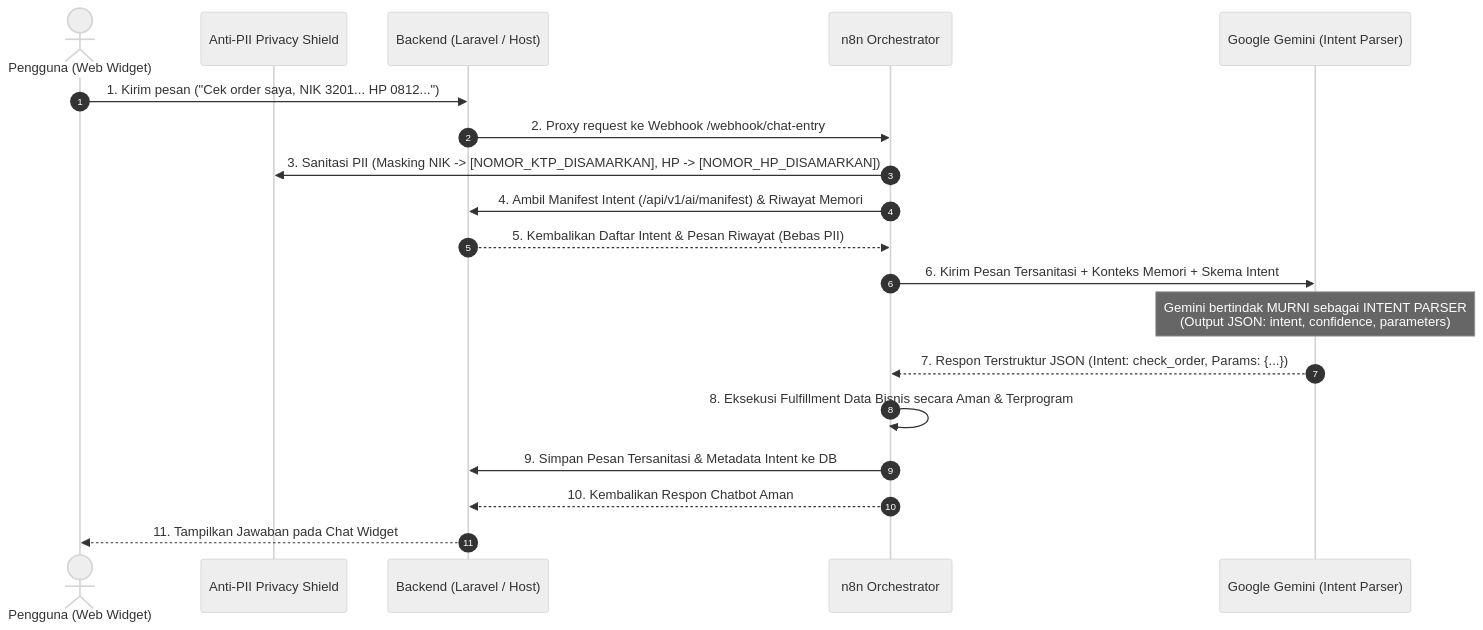
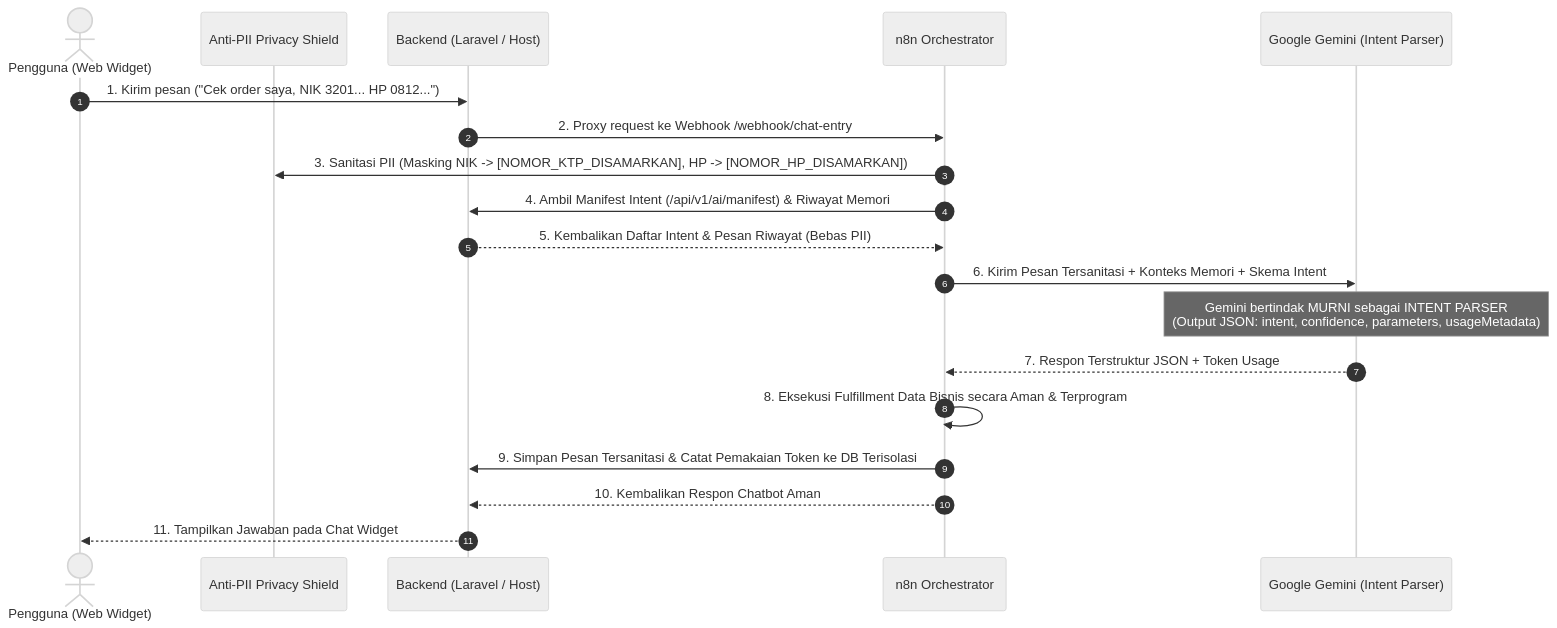
The diagram in MANUAL_INTEGRASI.md (soju-sec/webtestchatbot), drawn with Mermaid (neutral theme) before and after one commit. The commit also changed other lines of this file and 17 other files, not shown here.

Commit message:
feat: add comprehensive Gemini AI token usage tracking and monitoring features

````diff
--- a/MANUAL_INTEGRASI.md
+++ b/MANUAL_INTEGRASI.md
@@ -14,22 +14,22 @@
 ```mermaid
 sequenceDiagram
     autonumber
     actor User as Pengguna (Web Widget)
     participant Privacy as Anti-PII Privacy Shield
     participant Laravel as Backend (Laravel / Host)
     participant n8n as n8n Orchestrator
     participant Gemini as Google Gemini (Intent Parser)
     
     User->>Laravel: 1. Kirim pesan ("Cek order saya, NIK 3201... HP 0812...")
     Laravel->>n8n: 2. Proxy request ke Webhook /webhook/chat-entry
     n8n->>Privacy: 3. Sanitasi PII (Masking NIK -> [NOMOR_KTP_DISAMARKAN], HP -> [NOMOR_HP_DISAMARKAN])
     n8n->>Laravel: 4. Ambil Manifest Intent (/api/v1/ai/manifest) & Riwayat Memori
     Laravel-->>n8n: 5. Kembalikan Daftar Intent & Pesan Riwayat (Bebas PII)
     n8n->>Gemini: 6. Kirim Pesan Tersanitasi + Konteks Memori + Skema Intent
-    Note over Gemini: Gemini bertindak MURNI sebagai INTENT PARSER<br/>(Output JSON: intent, confidence, parameters)
-    Gemini-->>n8n: 7. Respon Terstruktur JSON (Intent: check_order, Params: {...})
+    Note over Gemini: Gemini bertindak MURNI sebagai INTENT PARSER<br/>(Output JSON: intent, confidence, parameters, usageMetadata)
+    Gemini-->>n8n: 7. Respon Terstruktur JSON + Token Usage
     n8n->>n8n: 8. Eksekusi Fulfillment Data Bisnis secara Aman & Terprogram
-    n8n->>Laravel: 9. Simpan Pesan Tersanitasi & Metadata Intent ke DB
+    n8n->>Laravel: 9. Simpan Pesan Tersanitasi & Catat Pemakaian Token ke DB Terisolasi
     n8n-->>Laravel: 10. Kembalikan Respon Chatbot Aman
     Laravel-->>User: 11. Tampilkan Jawaban pada Chat Widget
 ```
````
